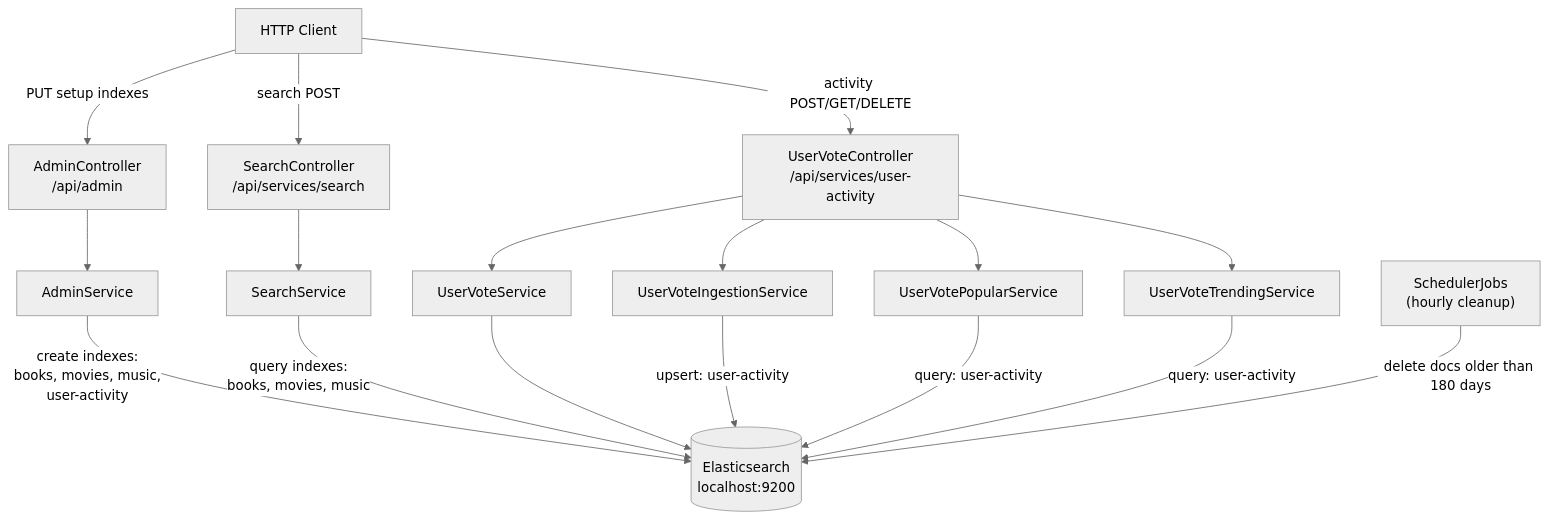
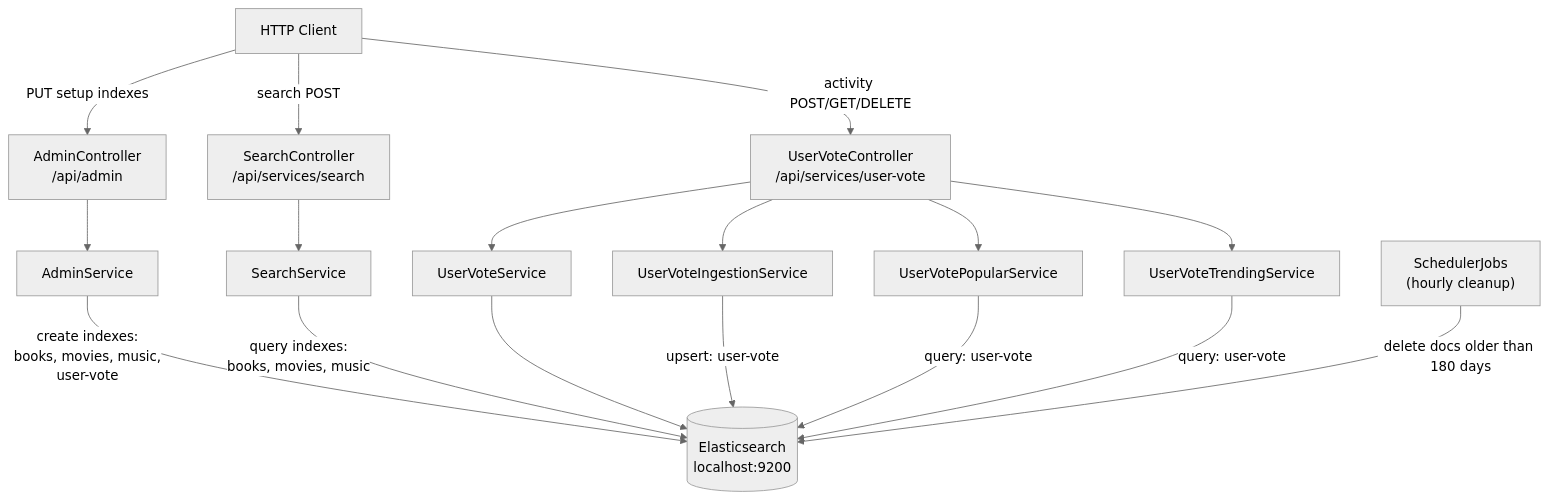
Before and after one commit to nklip/JavaCraft: the first of 2 diagrams in elastic/README.md, drawn with Mermaid (neutral theme). The commit also changed other lines of this file and 16 other files, not shown here.

````diff
--- a/elastic/README.md
+++ b/elastic/README.md
@@ -48,32 +48,32 @@
 ```mermaid
 flowchart TD
     Client["HTTP Client"]
     AC["AdminController\n/api/admin"]
     SC["SearchController\n/api/services/search"]
-    UHC["UserVoteController\n/api/services/user-activity"]
+    UHC["UserVoteController\n/api/services/user-vote"]
     AS["AdminService"]
     SS["SearchService"]
     UHS["UserVoteService"]
     UHIS["UserVoteIngestionService"]
     UHPS["UserVotePopularService"]
     UHTS["UserVoteTrendingService"]
     SCHED["SchedulerJobs\n(hourly cleanup)"]
     ES[("Elasticsearch\nlocalhost:9200")]
 
     Client -->|PUT setup indexes| AC
     Client -->|search POST| SC
     Client -->|activity POST/GET/DELETE| UHC
     AC --> AS
     SC --> SS
     UHC --> UHS
     UHC --> UHIS
     UHC --> UHPS
     UHC --> UHTS
-    AS -->|"create indexes:\nbooks, movies, music,\nuser-activity"| ES
+    AS -->|"create indexes:\nbooks, movies, music,\nuser-vote"| ES
     SS -->|"query indexes:\nbooks, movies, music"| ES
     UHS --> ES
-    UHIS -->|"upsert: user-activity"| ES
-    UHPS -->|"query: user-activity"| ES
-    UHTS -->|"query: user-activity"| ES
+    UHIS -->|"upsert: user-vote"| ES
+    UHPS -->|"query: user-vote"| ES
+    UHTS -->|"query: user-vote"| ES
     SCHED -->|delete docs older than 180 days| ES
 ```
````
